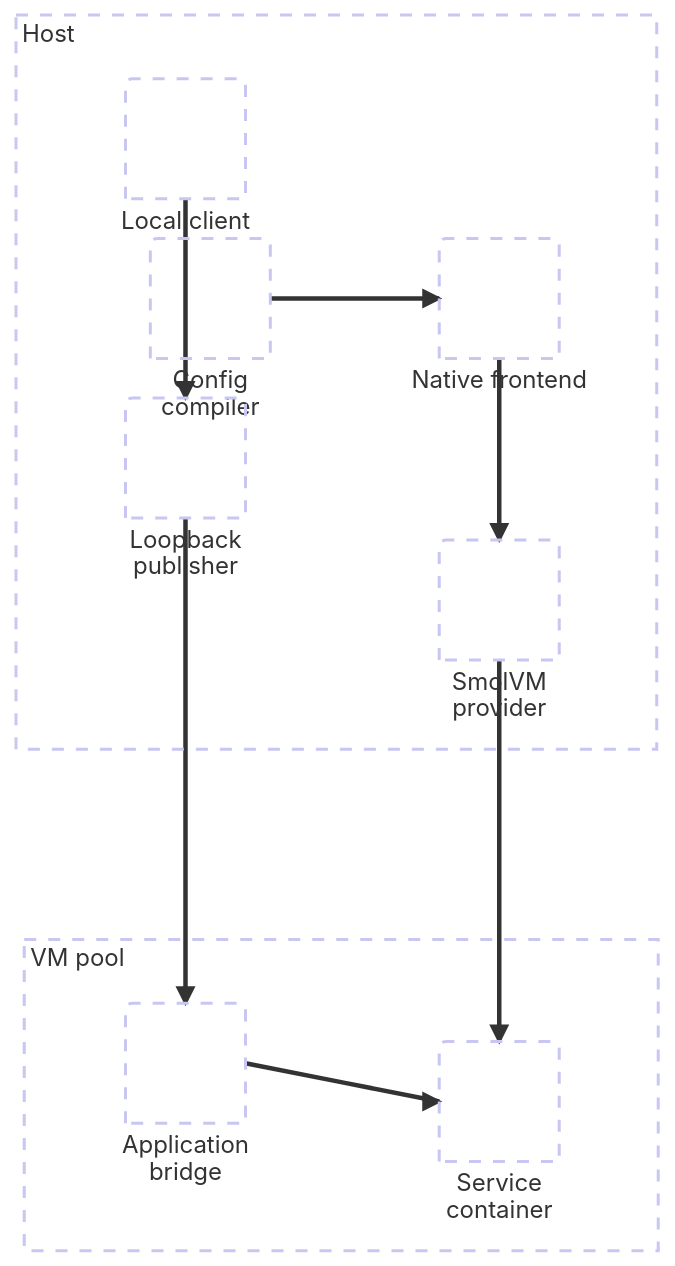
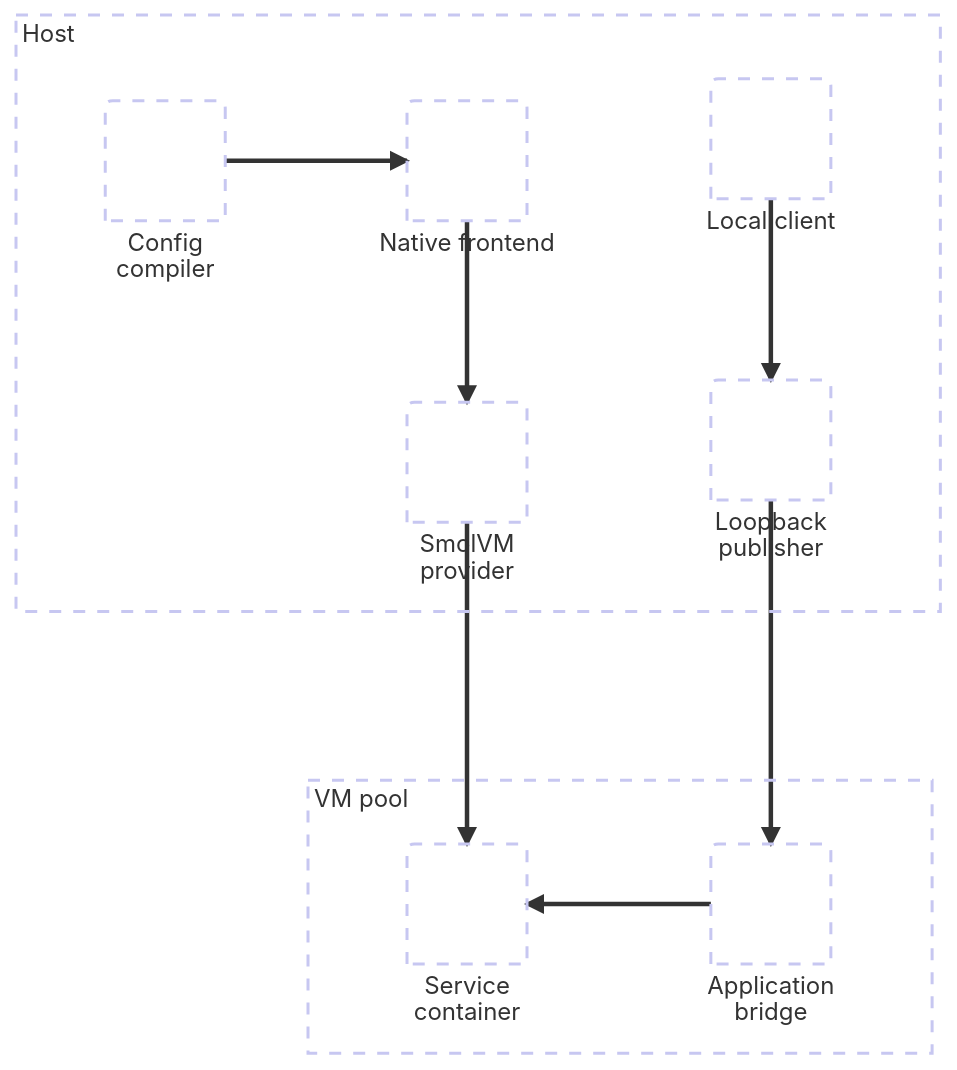
One commit to hack-dance/hack changed the first of 2 diagrams in docs/native/README.md. Above: the diagram before and after it, drawn with Mermaid. The commit also changed other lines of this file and 1 other file, not shown here.

Commit message:
docs: correct run grammar and clarify backend diagrams

````diff
--- a/docs/native/README.md
+++ b/docs/native/README.md
@@ -44,24 +44,25 @@
 ```mermaid
 ---
 title: Native control and traffic
 ---
 architecture-beta
   group host[Host]
   service frontend[Native frontend] in host
   service compiler[Config compiler] in host
   service provider[SmolVM provider] in host
   service client[Local client] in host
   service publisher[Loopback publisher] in host
   group pool[VM pool]
+  service workload[Service container] in pool
   service bridge[Application bridge] in pool
-  service workload[Service container] in pool
   compiler:R --> L:frontend
   frontend:B --> T:provider
   provider:B --> T:workload
   client:B --> T:publisher
   publisher:B --> T:bridge
-  bridge:R --> L:workload
+  bridge:L --> R:workload
   align row compiler frontend
   align column frontend provider workload
   align column client publisher bridge
+  align row workload bridge
 ```
````
